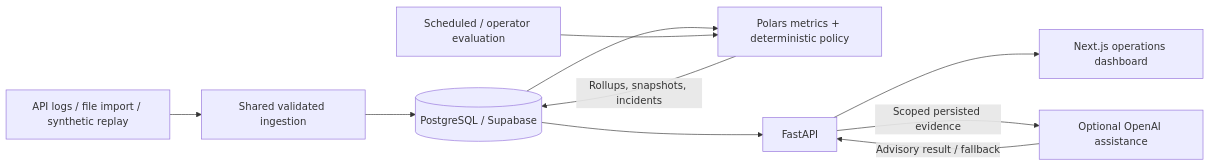
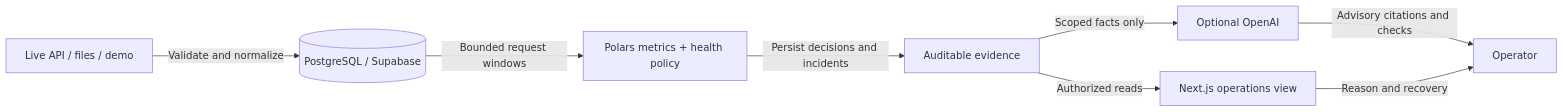
One commit to anudeep0701/brightline-hr changed the diagram in SOLUTION_DESIGN.md. Above: the diagram before and after it, drawn with Mermaid. The commit also changed other lines of this file and 13 other files, not shown here.

````diff
--- a/SOLUTION_DESIGN.md
+++ b/SOLUTION_DESIGN.md
@@ -38,12 +24,10 @@
 ```mermaid
 flowchart LR
-    Sources[API logs / file import / synthetic replay] --> Ingest[Shared validated ingestion]
-    Ingest --> DB[(PostgreSQL / Supabase)]
-    DB --> Engine[Polars metrics + deterministic policy]
-    Trigger[Scheduled / operator evaluation] --> Engine
-    Engine -->|Rollups, snapshots, incidents| DB
-    DB --> API[FastAPI]
-    API --> UI[Next.js operations dashboard]
-    API -->|Scoped persisted evidence| AI[Optional OpenAI assistance]
-    AI -->|Advisory result / fallback| API
+    Sources[Live API / files / demo] -->|Validate and normalize| Store[(PostgreSQL / Supabase)]
+    Store -->|Bounded request windows| Policy[Polars metrics + health policy]
+    Policy -->|Persist decisions and incidents| Evidence[Auditable evidence]
+    Evidence -->|Authorized reads| UI[Next.js operations view]
+    Evidence -->|Scoped facts only| AI[Optional OpenAI]
+    AI -->|Advisory citations and checks| Human[Operator]
+    UI -->|Reason and recovery| Human
 ```
````
